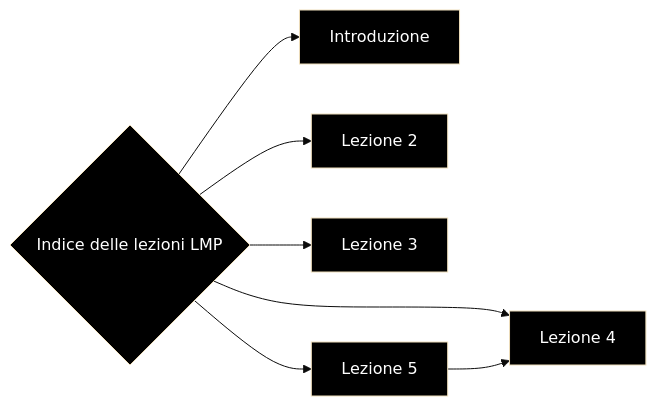
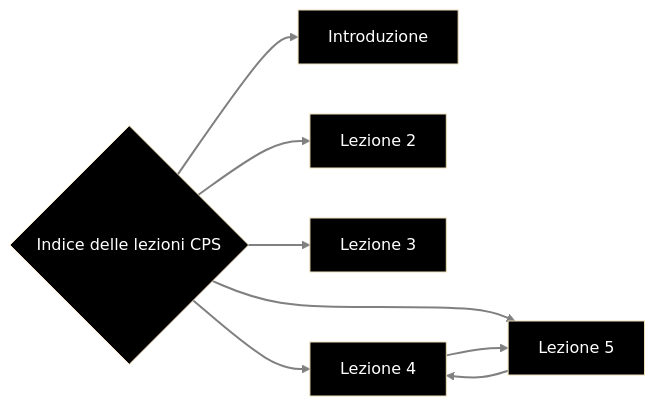
The diagram in Appunti CPS/Indice delle lezioni CPS.md (francosalvucci14/Appunti-II-anno), drawn with Mermaid (base theme) before and after one commit. The commit also changed 1 other file, not shown here.

Commit message:
vault backup: 2022-11-16 11:49:48

````diff
--- a/Appunti CPS/Indice delle lezioni CPS.md
+++ b/Appunti CPS/Indice delle lezioni CPS.md
@@ -13,22 +13,21 @@
 ```mermaid
 graph LR
-	A{Indice delle lezioni LMP}
+	A{Indice delle lezioni CPS}
 	B[Introduzione]
 	C[Lezione 2]
 	D[Lezione 3]
 	E[Lezione 4]
 	F[Lezione 5]
+	
+	linkStyle default stroke-width:2px,fill:none,stroke:grey,color:red
 
 	style A fill:black, color:#fff
 	style B fill:black, color:#fff
 	style C fill:black, color:#fff
 	style D fill:black, color:#fff
 	style E fill:black, color:#fff
 	style F fill:black, color:#fff
-	A-->B
-	A-->C
-	A-->D
-	A-->E
-	A-->F
+	A-->B & C & D & E & F
+	E-->F
 	F-->E
 ```
````
